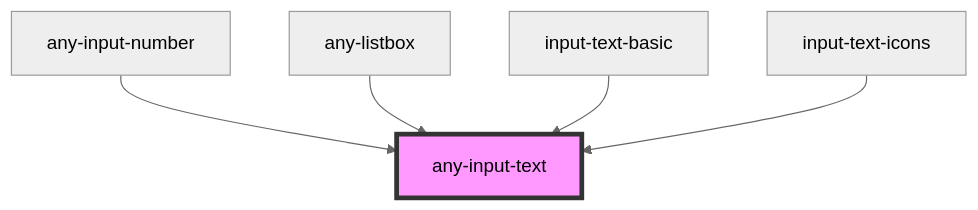
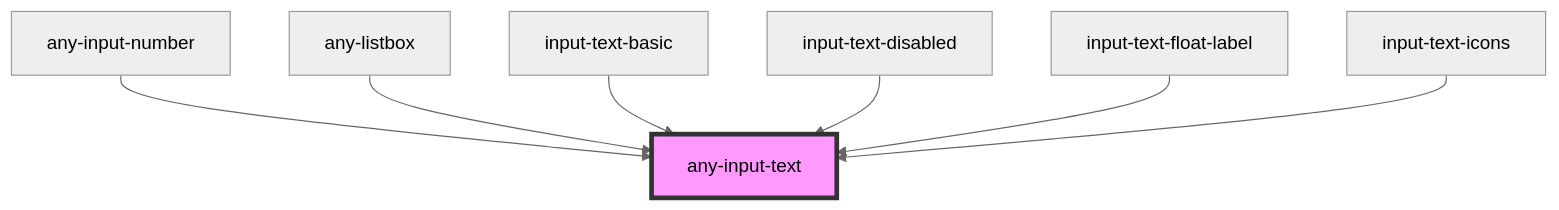
The diagram in packages/core/src/components/input-text/readme.md (adaleks/anywhere-ui), drawn with Mermaid (neutral theme) before and after one commit. The commit also changed other lines of this file and 13 other files, not shown here.

````diff
--- a/packages/core/src/components/input-text/readme.md
+++ b/packages/core/src/components/input-text/readme.md
@@ -107,8 +109,10 @@
 ```mermaid
 graph TD;
   any-input-number --> any-input-text
   any-listbox --> any-input-text
   input-text-basic --> any-input-text
+  input-text-disabled --> any-input-text
+  input-text-float-label --> any-input-text
   input-text-icons --> any-input-text
   style any-input-text fill:#f9f,stroke:#333,stroke-width:4px
 ```
````
